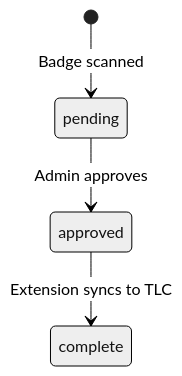
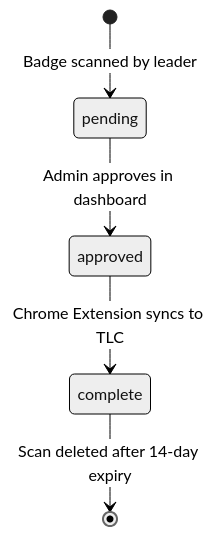
The first of 2 diagrams in docs/architecture/04_scan_lifecycle.md (jerome-smith01/tlc-attendance-saas), drawn with Mermaid (neutral theme) before and after one commit. The commit also changed other lines of this file and 6 other files, not shown here.

Commit message:
updated architecture docs

````diff
--- a/docs/architecture/04_scan_lifecycle.md
+++ b/docs/architecture/04_scan_lifecycle.md
@@ -5,6 +7,7 @@
 ```mermaid
 stateDiagram-v2
-    [*] --> pending : Badge scanned
-    pending --> approved : Admin approves
-    approved --> complete : Extension syncs to TLC
+    [*] --> pending : Badge scanned by leader
+    pending --> approved : Admin approves in dashboard
+    approved --> complete : Chrome Extension syncs to TLC
+    complete --> [*] : Scan deleted after 14-day expiry
 ```
````
